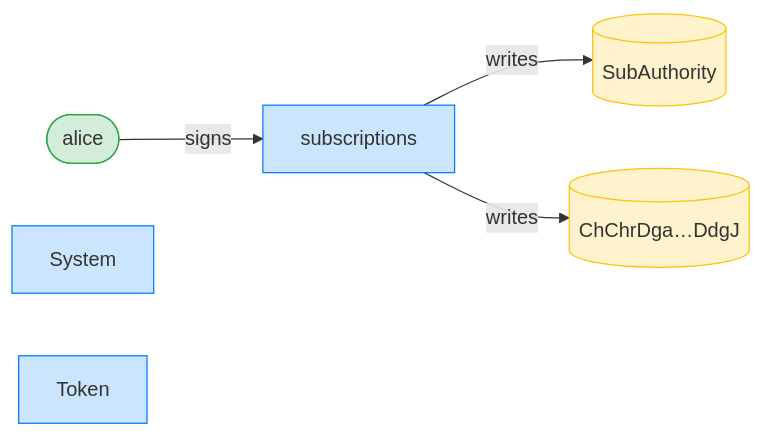
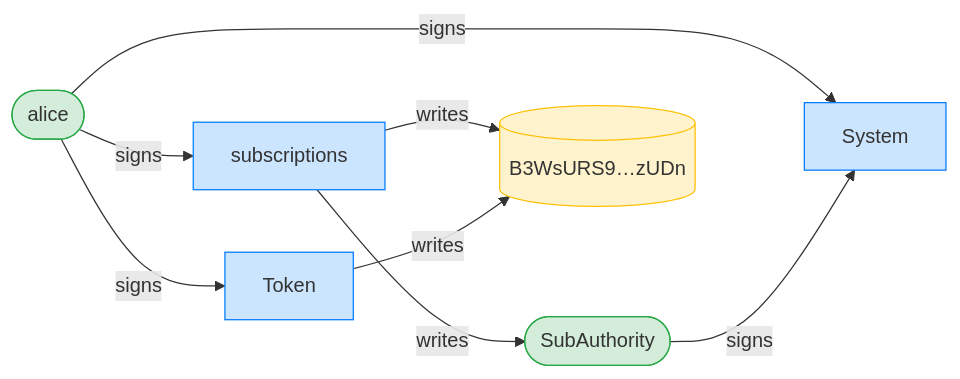
One commit to cds-rs/subscriptions changed the third of 8 diagrams in dsl_tests/revoke--writable-accounts-must-be-writable.md. Above: the diagram before and after it, drawn with Mermaid. The commit also changed other lines of this file and 224 other files, not shown here.

````diff
--- a/dsl_tests/revoke--writable-accounts-must-be-writable.md
+++ b/dsl_tests/revoke--writable-accounts-must-be-writable.md
@@ -53,15 +54,19 @@
 ```mermaid
 flowchart LR
     classDef signer fill:#d4edda,stroke:#28a745;
     classDef program fill:#cce5ff,stroke:#007bff;
     classDef writable fill:#fff3cd,stroke:#ffc107;
     subscriptions[subscriptions]:::program
     alice([alice]):::signer
-    SubAuthority[(SubAuthority)]:::writable
-    ChChrDga_DdgJ[("ChChrDga…DdgJ")]:::writable
+    SubAuthority([SubAuthority]):::signer
+    B3WsURS9_zUDn[("B3WsURS9…zUDn")]:::writable
     System[System]:::program
     Token[Token]:::program
     alice -->|signs| subscriptions
+    alice -->|signs| System
+    SubAuthority -->|signs| System
+    alice -->|signs| Token
     subscriptions -->|writes| SubAuthority
-    subscriptions -->|writes| ChChrDga_DdgJ
+    subscriptions -->|writes| B3WsURS9_zUDn
+    Token -->|writes| B3WsURS9_zUDn
 ```
````
